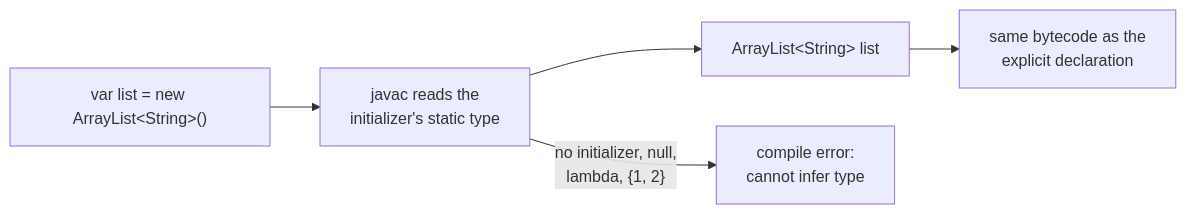
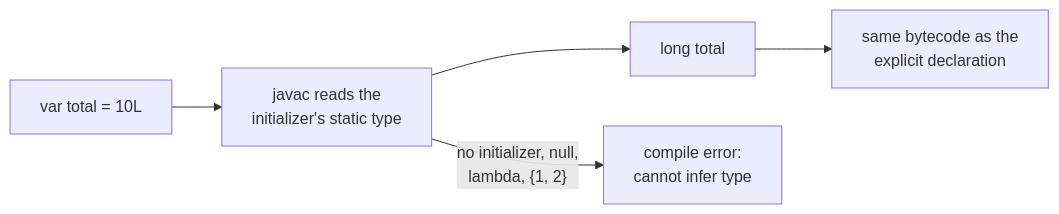
Before and after one commit to maheshsreerama/personal-apps: the first of 3 diagrams in java-ace/content/b05-modern-java/02-var-and-immutable-collections.md, drawn with Mermaid. The commit also changed 2 other files, not shown here.

Commit message:
Java Ace: add newly written lessons
Claude-Session: https://claude.ai/code/session_01EBAieVMC393xwAMDxogPpP

````diff
--- a/java-ace/content/b05-modern-java/02-var-and-immutable-collections.md
+++ b/java-ace/content/b05-modern-java/02-var-and-immutable-collections.md
@@ -151,7 +151,7 @@
 ```mermaid
 flowchart LR
-    A["var list = new ArrayList&lt;String&gt;()"] --> B["javac reads the<br/>initializer's static type"]
-    B --> C["ArrayList&lt;String&gt; list"]
+    A["var total = 10L"] --> B["javac reads the<br/>initializer's static type"]
+    B --> C["long total"]
     C --> D["same bytecode as the<br/>explicit declaration"]
     B -->|"no initializer, null,<br/>lambda, {1, 2}"| E["compile error:<br/>cannot infer type"]
 ```
````
